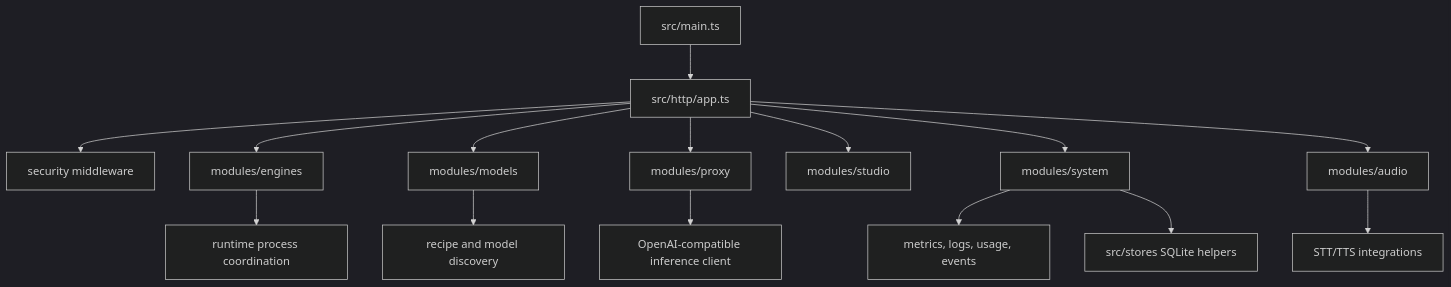
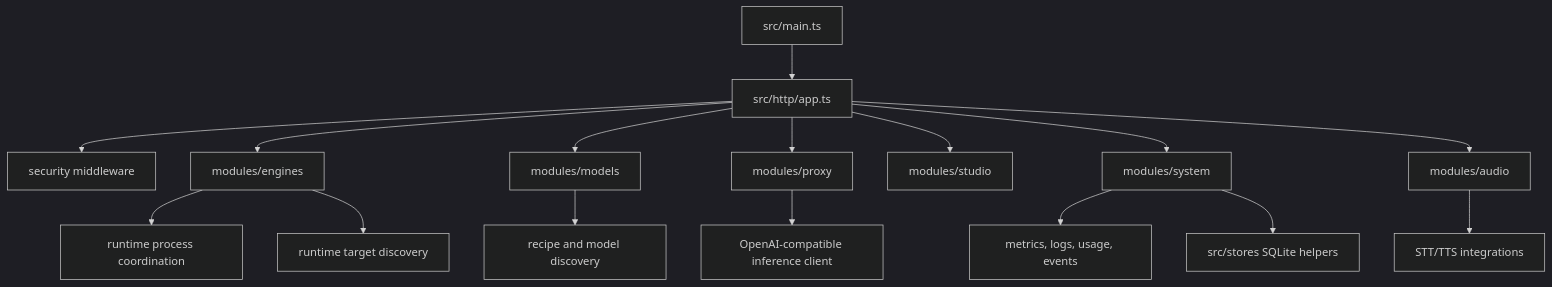
One commit to 0xSero/vllm-studio changed the diagram in controller/README.md. Above: the diagram before and after it, drawn with Mermaid (dark theme). The commit also changed other lines of this file and 7 other files, not shown here.

Commit message:
docs: align runtime target documentation

````diff
--- a/controller/README.md
+++ b/controller/README.md
@@ -24,18 +26,19 @@
 ```mermaid
 flowchart TB
     Main["src/main.ts"] --> App["src/http/app.ts"]
     App --> Security["security middleware"]
     App --> Engines["modules/engines"]
     App --> Models["modules/models"]
     App --> Proxy["modules/proxy"]
     App --> Studio["modules/studio"]
     App --> System["modules/system"]
     App --> Audio["modules/audio"]
 
     Engines --> Runtime["runtime process coordination"]
+    Engines --> Targets["runtime target discovery"]
     Models --> Recipes["recipe and model discovery"]
     Proxy --> Inference["OpenAI-compatible inference client"]
     System --> Metrics["metrics, logs, usage, events"]
     Audio --> Speech["STT/TTS integrations"]
     System --> Stores["src/stores SQLite helpers"]
 ```
````
